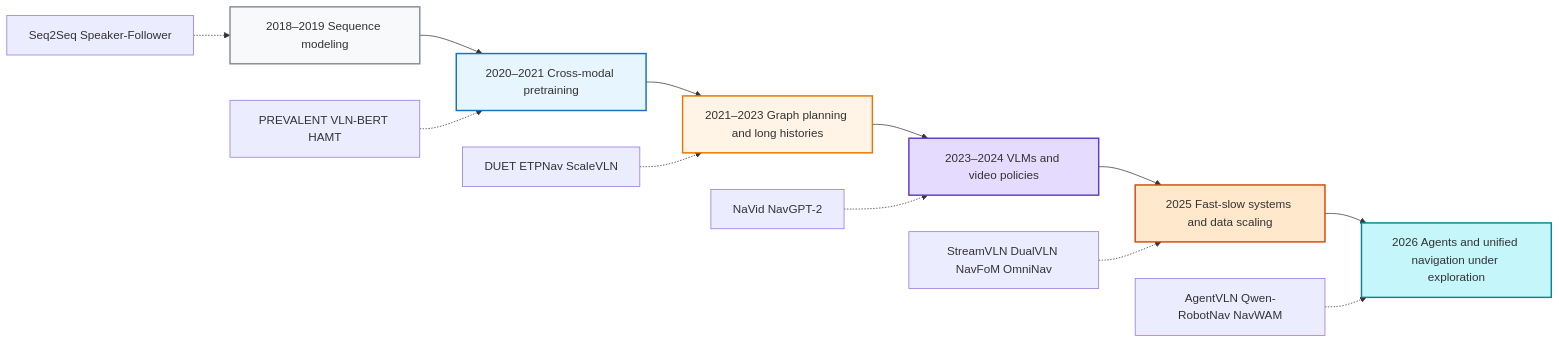
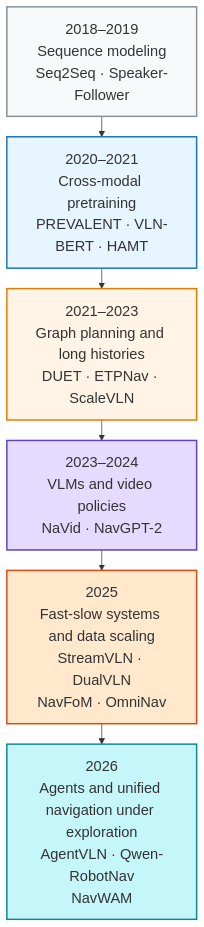
The third of 14 diagrams in _translations/en/research/VLN-Survey.md (TingdeLiu/tingdeliu.github.io), drawn with Mermaid before and after one commit. The commit also changed other lines of this file and 2 other files, not shown here.

First line of the commit message:
Sync the English VLN survey with the Chinese revisions

````diff
--- a/_translations/en/research/VLN-Survey.md
+++ b/_translations/en/research/VLN-Survey.md
@@ -189,22 +192,19 @@
 ```mermaid
-flowchart LR
-    A["2018–2019 Sequence modeling"] --> B["2020–2021 Cross-modal pretraining"]
-    B --> C["2021–2023 Graph planning and long histories"]
-    C --> D["2023–2024 VLMs and video policies"]
-    D --> E["2025 Fast-slow systems and data scaling"]
-    E --> F["2026 Agents and unified navigation under exploration"]
+%%{init: {"themeVariables": {"fontSize": "20px"}, "flowchart": {"nodeSpacing": 24, "rankSpacing": 28}}}%%
+flowchart TB
+    A["2018–2019<br/>Sequence modeling<br/>Seq2Seq · Speaker-Follower"]
+    B["2020–2021<br/>Cross-modal pretraining<br/>PREVALENT · VLN-BERT · HAMT"]
+    C["2021–2023<br/>Graph planning and long histories<br/>DUET · ETPNav · ScaleVLN"]
+    D["2023–2024<br/>VLMs and video policies<br/>NaVid · NavGPT-2"]
+    E["2025<br/>Fast-slow systems and data scaling<br/>StreamVLN · DualVLN<br/>NavFoM · OmniNav"]
+    F["2026<br/>Agents and unified navigation under exploration<br/>AgentVLN · Qwen-RobotNav<br/>NavWAM"]
 
-    A1["Seq2Seq Speaker-Follower"] -.-> A
-    B1["PREVALENT VLN-BERT HAMT"] -.-> B
-    C1["DUET ETPNav ScaleVLN"] -.-> C
-    D1["NaVid NavGPT-2"] -.-> D
-    E1["StreamVLN DualVLN NavFoM OmniNav"] -.-> E
-    F1["AgentVLN Qwen-RobotNav NavWAM"] -.-> F
+    A --> B --> C --> D --> E --> F
 
     style A fill:#f8f9fa,stroke:#868e96,stroke-width:2px
     style B fill:#e7f5ff,stroke:#1971c2,stroke-width:2px
     style C fill:#fff4e6,stroke:#e67700,stroke-width:2px
     style D fill:#e5dbff,stroke:#5f3dc4,stroke-width:2px
     style E fill:#ffe8cc,stroke:#d9480f,stroke-width:2px
     style F fill:#c5f6fa,stroke:#0c8599,stroke-width:2px
 ```
````
